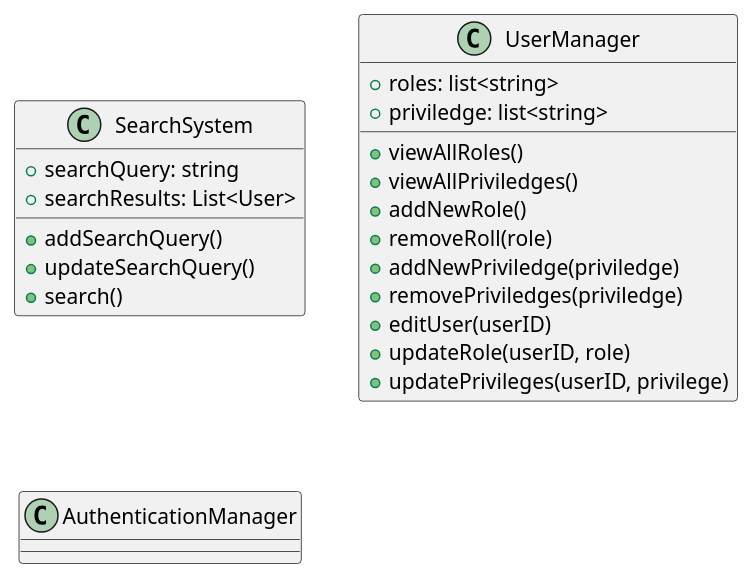
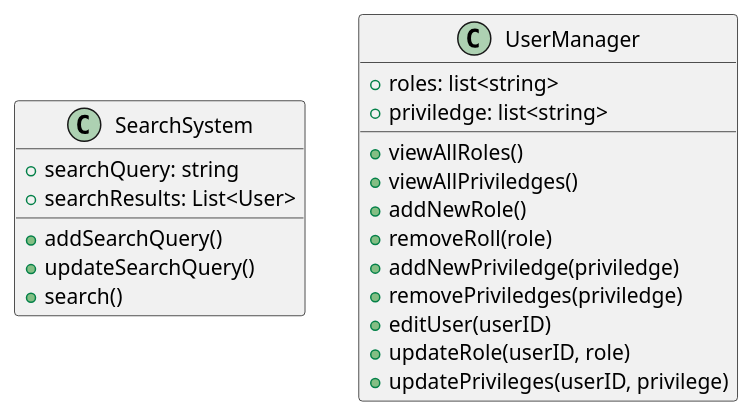
The diagram in manage_users.plantuml (anshium/DASS-Assignment-3-IMS-System-Design), drawn with PlantUML before and after one commit.

Commit message:
remove: authManager from manage_users (tbdl)

```diff
--- a/manage_users.plantuml
+++ b/manage_users.plantuml
@@ -1,34 +1,29 @@
 @startuml manage_users
 
 class SearchSystem {
    + searchQuery: string
    + searchResults: List<User>
 
    + addSearchQuery()
    + updateSearchQuery()
    + search()
 }
 
 class UserManager {
 	+ roles: list<string>
 	+ priviledge: list<string>
 	
 	+ viewAllRoles()
 	+ viewAllPriviledges()
 	+ addNewRole()
 	+ removeRoll(role)
 	+ addNewPriviledge(priviledge)
 	+ removePriviledges(priviledge)
 	+ editUser(userID)
 	+ updateRole(userID, role)
 	+ updatePrivileges(userID, privilege)
 	'Set Standards'
 
 }
 
-
-class AuthenticationManager {
-    
-}
-
 @enduml
```
